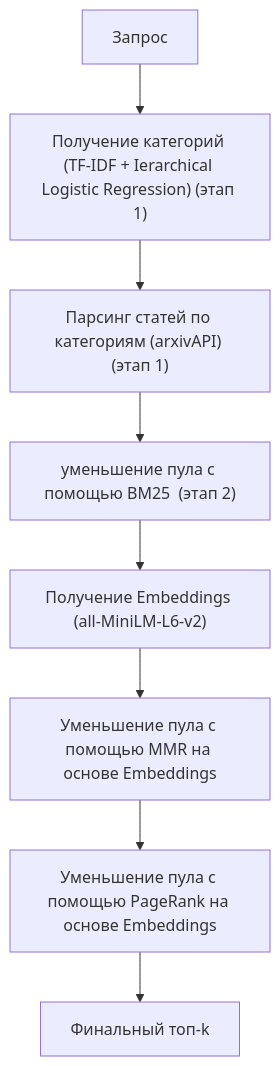
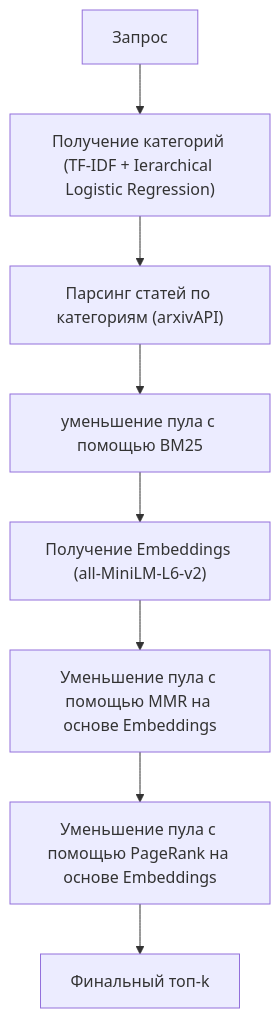
The diagram in README.md (Arnoochka/ArxivSeacher), drawn with Mermaid before and after one commit. The commit also changed other lines of this file, not shown here.

````diff
--- a/README.md
+++ b/README.md
@@ -24,10 +21,10 @@
 ```mermaid
 flowchart TD
-    A["Запрос"] --> B["Получение категорий (TF-IDF + Ierarchical Logistic Regression) (этап 1)"]
-    B --> C["Парсинг статей по категориям (arxivAPI) (этап 1)"]
-    C --> D["уменьшение пула c помощью BM25  (этап 2)"]
+    A["Запрос"] --> B["Получение категорий (TF-IDF + Ierarchical Logistic Regression)"]
+    B --> C["Парсинг статей по категориям (arxivAPI)"]
+    C --> D["уменьшение пула c помощью BM25"]
     D --> E["Получение Embeddings (all-MiniLM-L6-v2)"]
     E --> F["Уменьшение пула с помощью MMR на основе Embeddings"]
     F --> G["Уменьшение пула с помощью PageRank на основе Embeddings"]
     G --> H["Финальный топ-k"]
 ```
````
